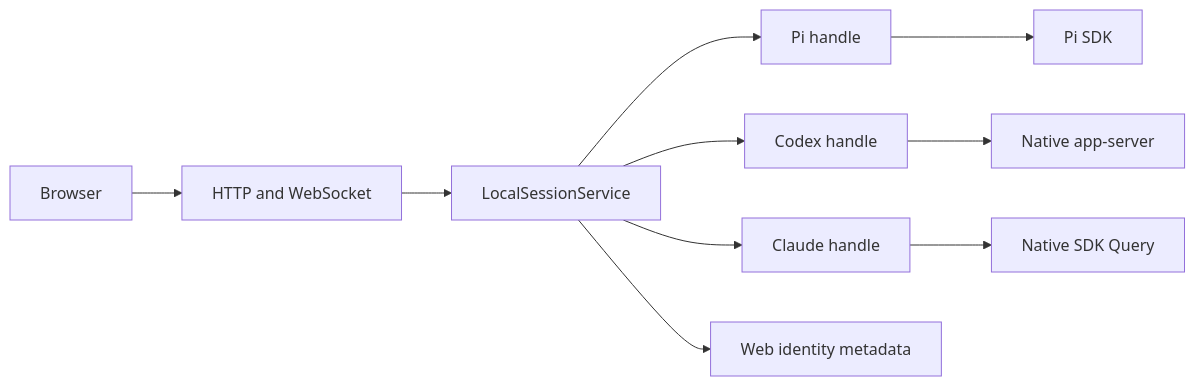
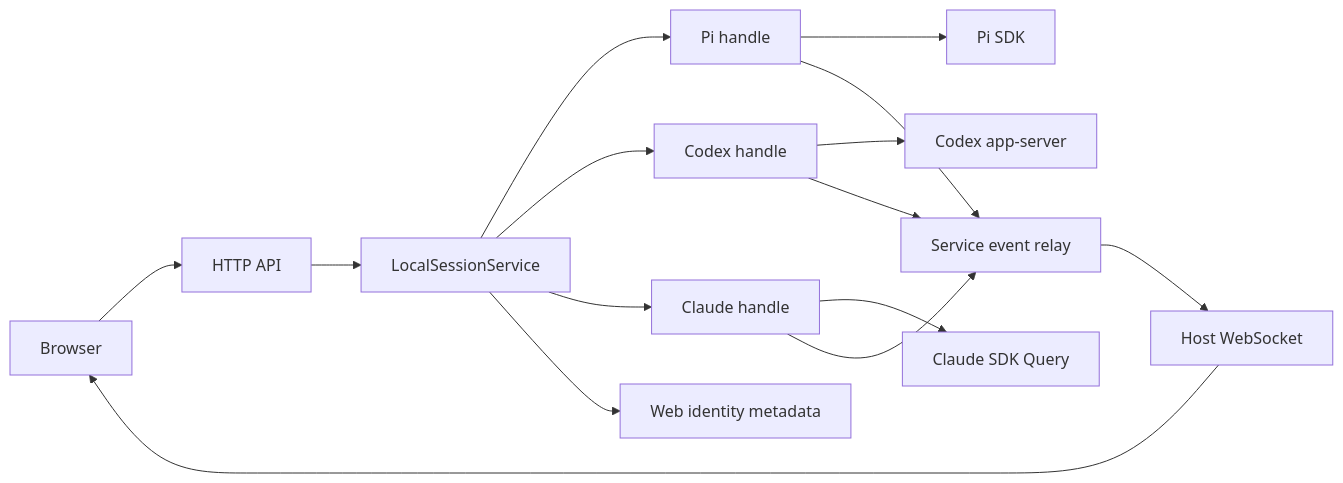
The diagram in docs/multi-harness-design.md (ashwin-pc/pi-web), drawn with Mermaid before and after one commit. The commit also changed other lines of this file and 1 other file, not shown here.

````diff
--- a/docs/multi-harness-design.md
+++ b/docs/multi-harness-design.md
@@ -5,12 +11,17 @@
 ```mermaid
 flowchart LR
-  Browser --> HTTP[HTTP and WebSocket]
-  HTTP --> Service[LocalSessionService]
+  Browser --> API[HTTP API]
+  API --> Service[LocalSessionService]
   Service --> Pi[Pi handle]
   Service --> Codex[Codex handle]
   Service --> Claude[Claude handle]
   Pi --> SDK[Pi SDK]
-  Codex --> App[Native app-server]
-  Claude --> Query[Native SDK Query]
+  Codex --> App[Codex app-server]
+  Claude --> Query[Claude SDK Query]
+  Pi --> Relay[Service event relay]
+  Codex --> Relay
+  Claude --> Relay
+  Relay --> WS[Host WebSocket]
+  WS --> Browser
   Service --> Bindings[Web identity metadata]
 ```
````
